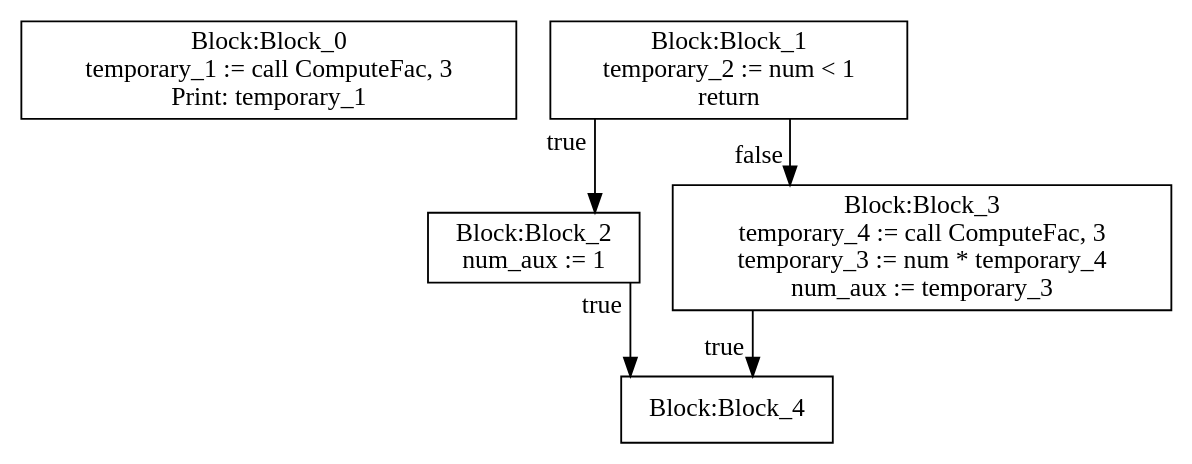
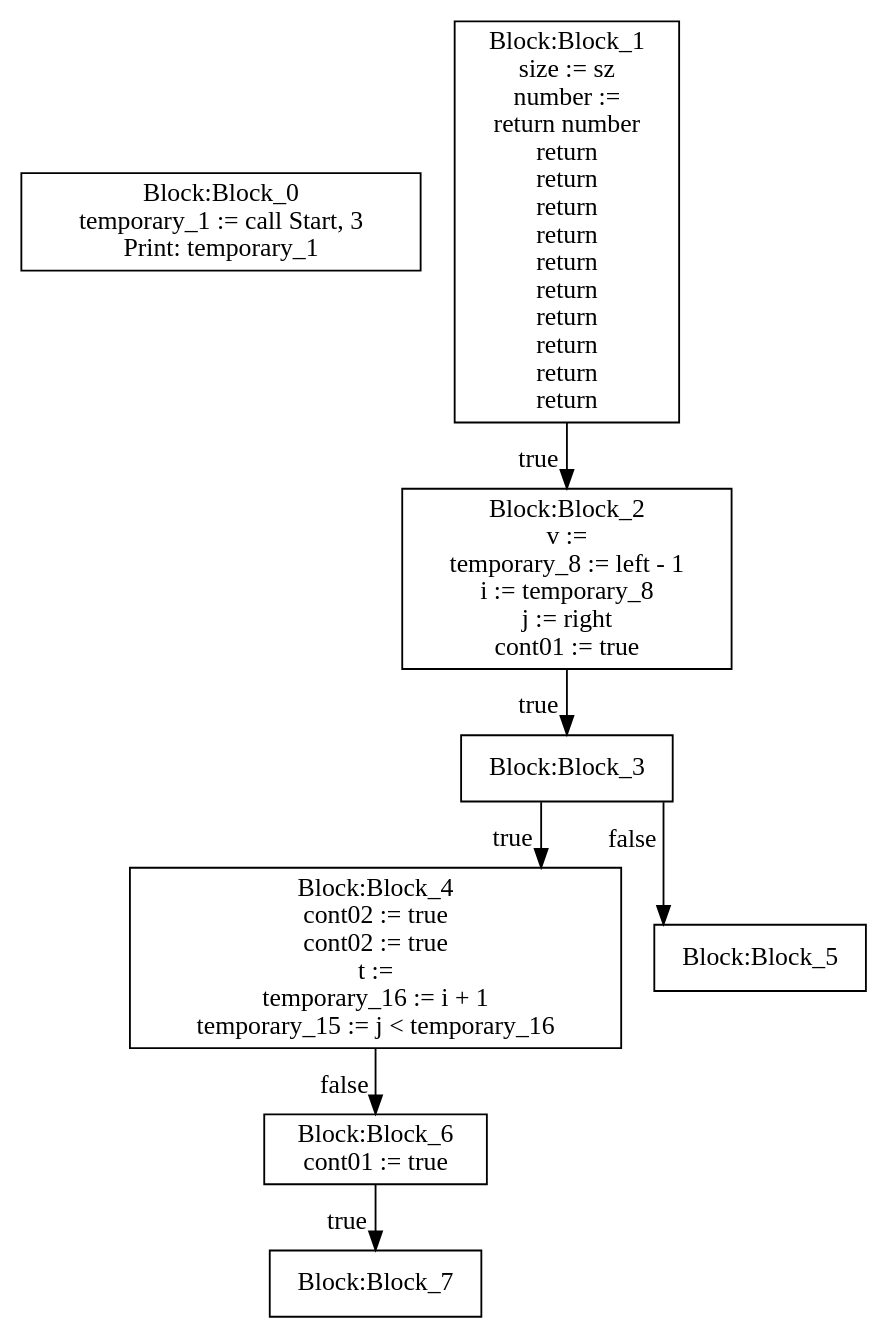
Before and after one commit to moondog-matthew/compiler-dv1655: the diagram in lab3/CFG-tree.dot, drawn with Graphviz. The commit also changed 3 other files, not shown here.

```diff
--- a/lab3/CFG-tree.dot
+++ b/lab3/CFG-tree.dot
@@ -1,21 +1,77 @@
 digraph {
 graph [ splines = ortho ]
 	node [ shape = box ];
 Block_0 [label="Block:Block_0
-temporary_1 := call ComputeFac, 3
+temporary_1 := call Start, 3
 Print: temporary_1"];
 Block_1 [label="Block:Block_1
-temporary_2 := num < 1
+temporary_2 := call Init, 3
+aux01 := temporary_2
+return aux01
+temporary_3 := call Print, 0
+aux01 := temporary_3
+return aux01
+Print: 9999
+return 
+temporary_4 := size - 1
+aux01 := temporary_4
+return aux01
+temporary_5 := call Sort, 3
+aux01 := temporary_5
+return aux01
+temporary_6 := call Print, 0
+aux01 := temporary_6
+return aux01"];
+Block_1 [label="Block:Block_1
+return 
+return 
+return 
+return 
+return 
+return 
+t := 0
+return t
+temporary_7 := left < right
 return "];
 Block_1 -> Block_2 [xlabel = "true"]
 Block_2 [label="Block:Block_2
-num_aux := 1"];
-Block_2 -> Block_4 [xlabel = "true"]
-Block_4 [label="Block:Block_4"];
-Block_1 -> Block_3 [xlabel = "false"]
-Block_3 [label="Block:Block_3
-temporary_4 := call ComputeFac, 3
-temporary_3 := num * temporary_4
-num_aux := temporary_3"];
+v := 
+temporary_8 := left - 1
+i := temporary_8
+j := right
+cont01 := true"];
+Block_2 -> Block_3 [xlabel = "true"]
+Block_3 [label="Block:Block_3"];
 Block_3 -> Block_4 [xlabel = "true"]
+Block_4 [label="Block:Block_4
+cont02 := true
+cont02 := true
+t := 
+temporary_16 := i + 1
+temporary_15 := j < temporary_16"];
+Block_4 -> Block_6 [xlabel = "false"]
+Block_6 [label="Block:Block_6
+cont01 := true"];
+Block_6 -> Block_7 [xlabel = "true"]
+Block_7 [label="Block:Block_7"];
+Block_3 -> Block_5 [xlabel = "false"]
+Block_5 [label="Block:Block_5"];
+Block_1 [label="Block:Block_1
+j := 0
+return j
+return "];
+Block_1 [label="Block:Block_1
+size := sz
+number := 
+return number
+return 
+return 
+return 
+return 
+return 
+return 
+return 
+return 
+return 
+return "];
 }
```
